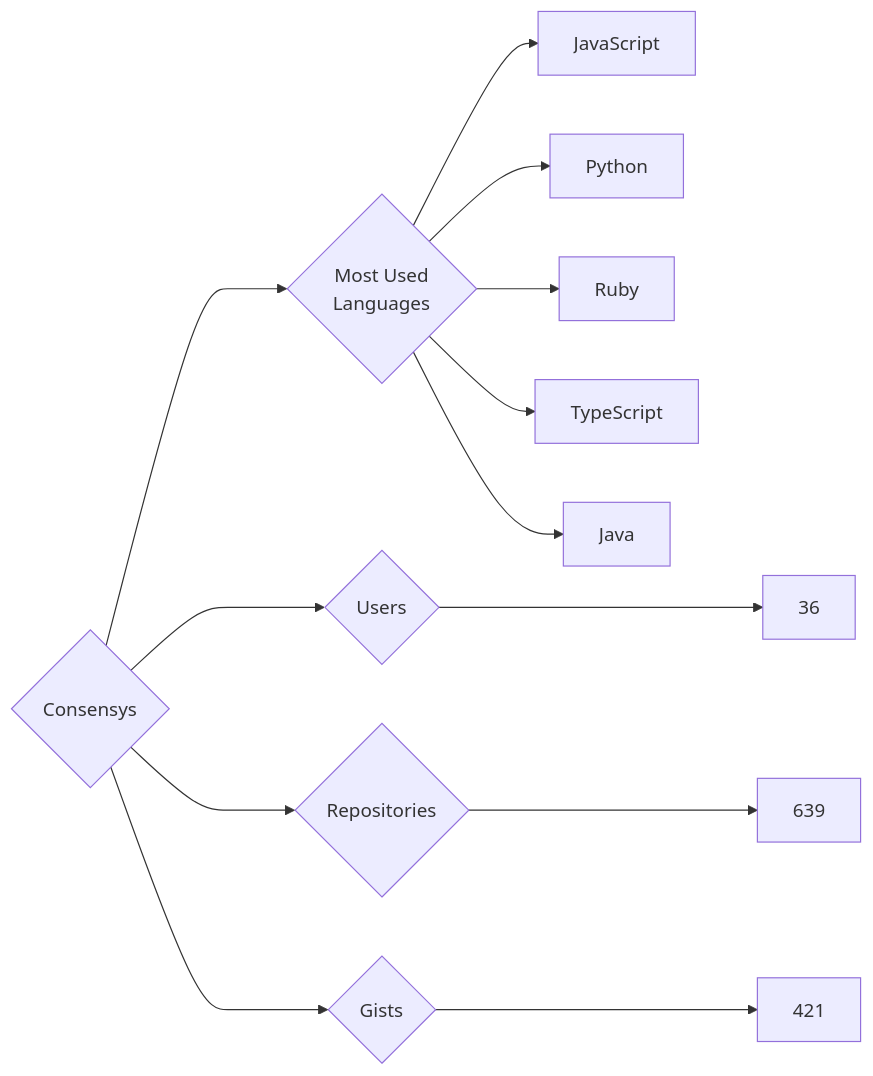
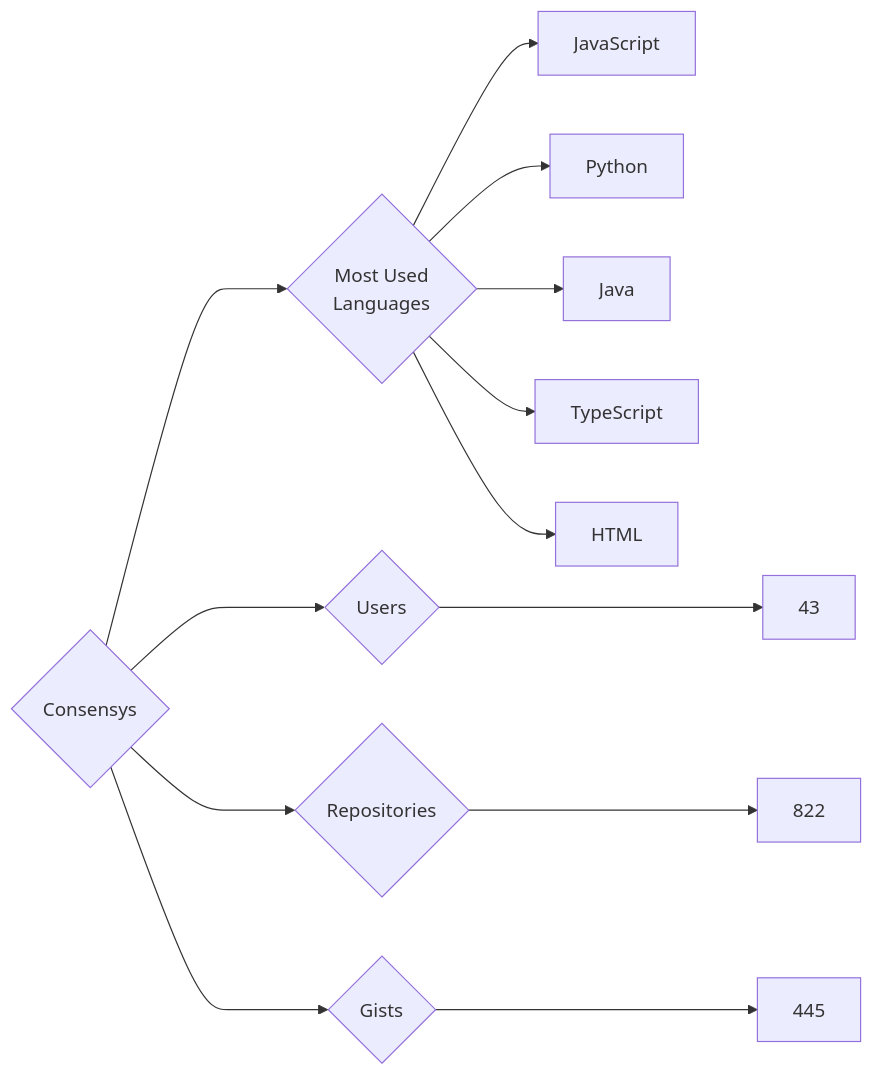
Before and after one commit to trickest/insiders: the diagram in targets/Consensys/README.md, drawn with Mermaid. The commit also changed 757 other files, not shown here.

````diff
--- a/targets/Consensys/README.md
+++ b/targets/Consensys/README.md
@@ -3,13 +3,13 @@
 ```mermaid
 graph LR
 COMPANY_NAME{Consensys}
-COMPANY_NAME ---> U{Users} ---> UN[36]
-COMPANY_NAME ---> R{Repositories} ---> RN[639]
-COMPANY_NAME ---> G{Gists} ---> GN[421]
+COMPANY_NAME ---> U{Users} ---> UN[43]
+COMPANY_NAME ---> R{Repositories} ---> RN[822]
+COMPANY_NAME ---> G{Gists} ---> GN[445]
 COMPANY_NAME ---> ML{Most Used<br>Languages}
 ML --> JavaScript[JavaScript]
 ML --> Python[Python]
-ML --> Ruby[Ruby]
+ML --> Java[Java]
 ML --> TypeScript[TypeScript]
-ML --> Java[Java]
+ML --> HTML[HTML]
 ```
````
